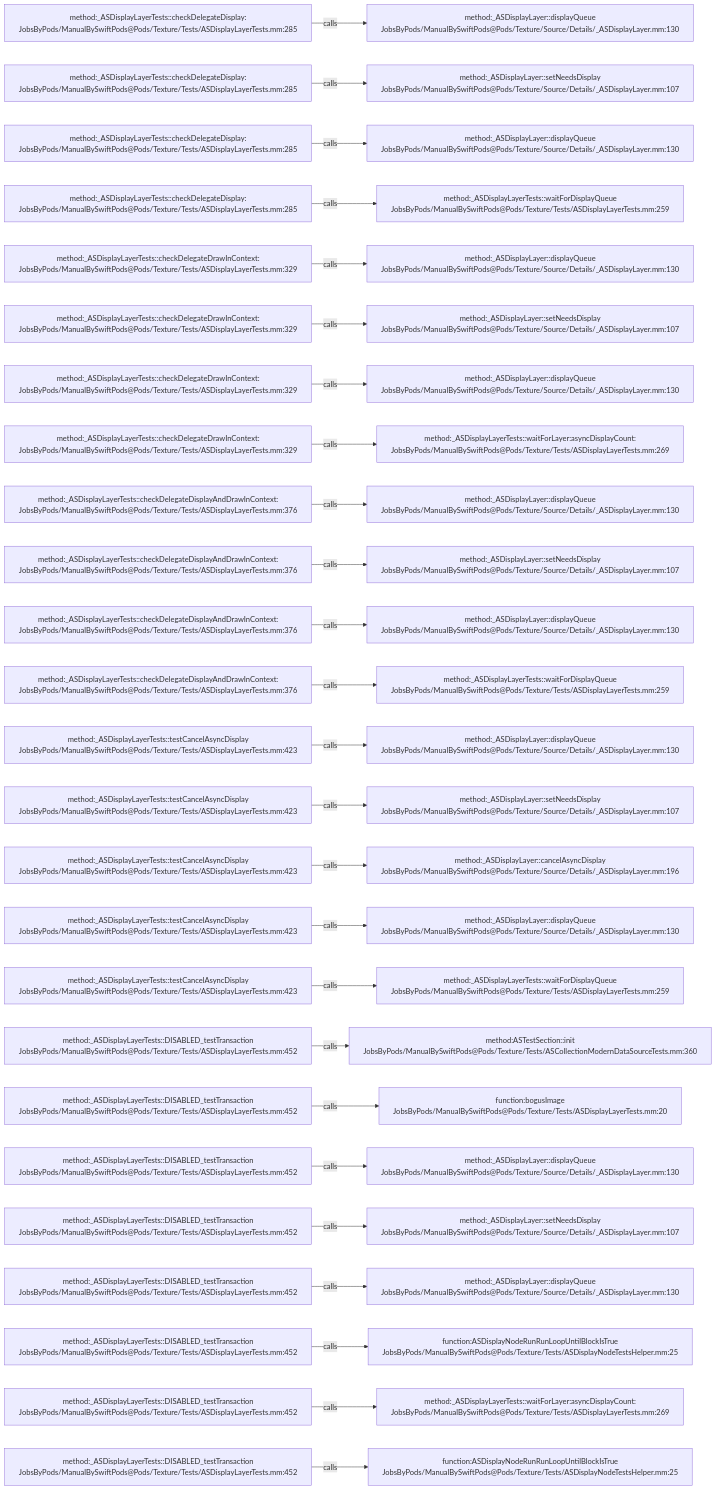
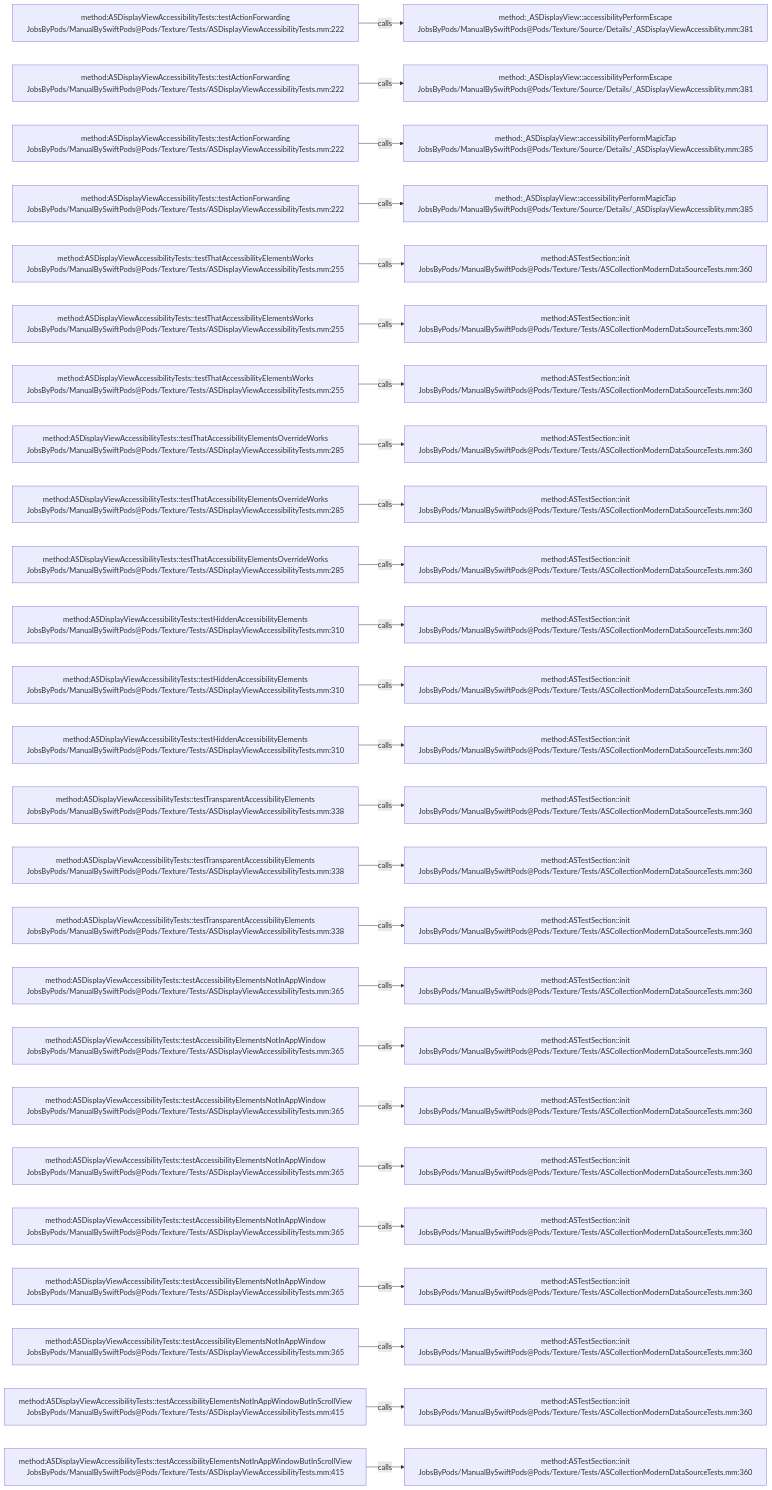
One commit to JobsKits/JobsSwiftBaseConfigDemo changed the diagram in .codegraph/codegraph.md/graphs/calls-199.md. Above: the diagram before and after it, drawn with Mermaid. The commit also changed 832 other files, not shown here.

````diff
--- a/.codegraph/codegraph.md/graphs/calls-199.md
+++ b/.codegraph/codegraph.md/graphs/calls-199.md
@@ -13,78 +13,78 @@
 ```mermaid
 flowchart LR
-  S1["method:_ASDisplayLayerTests::checkDelegateDisplay:<br/>JobsByPods/ManualBySwiftPods@Pods/Texture/Tests/ASDisplayLayerTests.mm:285"]
-  T1["method:_ASDisplayLayer::displayQueue<br/>JobsByPods/ManualBySwiftPods@Pods/Texture/Source/Details/_ASDisplayLayer.mm:130"]
+  S1["method:ASDisplayViewAccessibilityTests::testActionForwarding<br/>JobsByPods/ManualBySwiftPods@Pods/Texture/Tests/ASDisplayViewAccessibilityTests.mm:222"]
+  T1["method:_ASDisplayView::accessibilityPerformEscape<br/>JobsByPods/ManualBySwiftPods@Pods/Texture/Source/Details/_ASDisplayViewAccessiblity.mm:381"]
   S1 -->|calls| T1
-  S2["method:_ASDisplayLayerTests::checkDelegateDisplay:<br/>JobsByPods/ManualBySwiftPods@Pods/Texture/Tests/ASDisplayLayerTests.mm:285"]
-  T2["method:_ASDisplayLayer::setNeedsDisplay<br/>JobsByPods/ManualBySwiftPods@Pods/Texture/Source/Details/_ASDisplayLayer.mm:107"]
+  S2["method:ASDisplayViewAccessibilityTests::testActionForwarding<br/>JobsByPods/ManualBySwiftPods@Pods/Texture/Tests/ASDisplayViewAccessibilityTests.mm:222"]
+  T2["method:_ASDisplayView::accessibilityPerformEscape<br/>JobsByPods/ManualBySwiftPods@Pods/Texture/Source/Details/_ASDisplayViewAccessiblity.mm:381"]
   S2 -->|calls| T2
-  S3["method:_ASDisplayLayerTests::checkDelegateDisplay:<br/>JobsByPods/ManualBySwiftPods@Pods/Texture/Tests/ASDisplayLayerTests.mm:285"]
-  T3["method:_ASDisplayLayer::displayQueue<br/>JobsByPods/ManualBySwiftPods@Pods/Texture/Source/Details/_ASDisplayLayer.mm:130"]
+  S3["method:ASDisplayViewAccessibilityTests::testActionForwarding<br/>JobsByPods/ManualBySwiftPods@Pods/Texture/Tests/ASDisplayViewAccessibilityTests.mm:222"]
+  T3["method:_ASDisplayView::accessibilityPerformMagicTap<br/>JobsByPods/ManualBySwiftPods@Pods/Texture/Source/Details/_ASDisplayViewAccessiblity.mm:385"]
   S3 -->|calls| T3
-  S4["method:_ASDisplayLayerTests::checkDelegateDisplay:<br/>JobsByPods/ManualBySwiftPods@Pods/Texture/Tests/ASDisplayLayerTests.mm:285"]
-  T4["method:_ASDisplayLayerTests::waitForDisplayQueue<br/>JobsByPods/ManualBySwiftPods@Pods/Texture/Tests/ASDisplayLayerTests.mm:259"]
+  S4["method:ASDisplayViewAccessibilityTests::testActionForwarding<br/>JobsByPods/ManualBySwiftPods@Pods/Texture/Tests/ASDisplayViewAccessibilityTests.mm:222"]
+  T4["method:_ASDisplayView::accessibilityPerformMagicTap<br/>JobsByPods/ManualBySwiftPods@Pods/Texture/Source/Details/_ASDisplayViewAccessiblity.mm:385"]
   S4 -->|calls| T4
-  S5["method:_ASDisplayLayerTests::checkDelegateDrawInContext:<br/>JobsByPods/ManualBySwiftPods@Pods/Texture/Tests/ASDisplayLayerTests.mm:329"]
-  T5["method:_ASDisplayLayer::displayQueue<br/>JobsByPods/ManualBySwiftPods@Pods/Texture/Source/Details/_ASDisplayLayer.mm:130"]
+  S5["method:ASDisplayViewAccessibilityTests::testThatAccessibilityElementsWorks<br/>JobsByPods/ManualBySwiftPods@Pods/Texture/Tests/ASDisplayViewAccessibilityTests.mm:255"]
+  T5["method:ASTestSection::init<br/>JobsByPods/ManualBySwiftPods@Pods/Texture/Tests/ASCollectionModernDataSourceTests.mm:360"]
   S5 -->|calls| T5
-  S6["method:_ASDisplayLayerTests::checkDelegateDrawInContext:<br/>JobsByPods/ManualBySwiftPods@Pods/Texture/Tests/ASDisplayLayerTests.mm:329"]
-  T6["method:_ASDisplayLayer::setNeedsDisplay<br/>JobsByPods/ManualBySwiftPods@Pods/Texture/Source/Details/_ASDisplayLayer.mm:107"]
+  S6["method:ASDisplayViewAccessibilityTests::testThatAccessibilityElementsWorks<br/>JobsByPods/ManualBySwiftPods@Pods/Texture/Tests/ASDisplayViewAccessibilityTests.mm:255"]
+  T6["method:ASTestSection::init<br/>JobsByPods/ManualBySwiftPods@Pods/Texture/Tests/ASCollectionModernDataSourceTests.mm:360"]
   S6 -->|calls| T6
-  S7["method:_ASDisplayLayerTests::checkDelegateDrawInContext:<br/>JobsByPods/ManualBySwiftPods@Pods/Texture/Tests/ASDisplayLayerTests.mm:329"]
-  T7["method:_ASDisplayLayer::displayQueue<br/>JobsByPods/ManualBySwiftPods@Pods/Texture/Source/Details/_ASDisplayLayer.mm:130"]
+  S7["method:ASDisplayViewAccessibilityTests::testThatAccessibilityElementsWorks<br/>JobsByPods/ManualBySwiftPods@Pods/Texture/Tests/ASDisplayViewAccessibilityTests.mm:255"]
+  T7["method:ASTestSection::init<br/>JobsByPods/ManualBySwiftPods@Pods/Texture/Tests/ASCollectionModernDataSourceTests.mm:360"]
   S7 -->|calls| T7
-  S8["method:_ASDisplayLayerTests::checkDelegateDrawInContext:<br/>JobsByPods/ManualBySwiftPods@Pods/Texture/Tests/ASDisplayLayerTests.mm:329"]
-  T8["method:_ASDisplayLayerTests::waitForLayer:asyncDisplayCount:<br/>JobsByPods/ManualBySwiftPods@Pods/Texture/Tests/ASDisplayLayerTests.mm:269"]
+  S8["method:ASDisplayViewAccessibilityTests::testThatAccessibilityElementsOverrideWorks<br/>JobsByPods/ManualBySwiftPods@Pods/Texture/Tests/ASDisplayViewAccessibilityTests.mm:285"]
+  T8["method:ASTestSection::init<br/>JobsByPods/ManualBySwiftPods@Pods/Texture/Tests/ASCollectionModernDataSourceTests.mm:360"]
   S8 -->|calls| T8
-  S9["method:_ASDisplayLayerTests::checkDelegateDisplayAndDrawInContext:<br/>JobsByPods/ManualBySwiftPods@Pods/Texture/Tests/ASDisplayLayerTests.mm:376"]
-  T9["method:_ASDisplayLayer::displayQueue<br/>JobsByPods/ManualBySwiftPods@Pods/Texture/Source/Details/_ASDisplayLayer.mm:130"]
+  S9["method:ASDisplayViewAccessibilityTests::testThatAccessibilityElementsOverrideWorks<br/>JobsByPods/ManualBySwiftPods@Pods/Texture/Tests/ASDisplayViewAccessibilityTests.mm:285"]
+  T9["method:ASTestSection::init<br/>JobsByPods/ManualBySwiftPods@Pods/Texture/Tests/ASCollectionModernDataSourceTests.mm:360"]
   S9 -->|calls| T9
-  S10["method:_ASDisplayLayerTests::checkDelegateDisplayAndDrawInContext:<br/>JobsByPods/ManualBySwiftPods@Pods/Texture/Tests/ASDisplayLayerTests.mm:376"]
-  T10["method:_ASDisplayLayer::setNeedsDisplay<br/>JobsByPods/ManualBySwiftPods@Pods/Texture/Source/Details/_ASDisplayLayer.mm:107"]
+  S10["method:ASDisplayViewAccessibilityTests::testThatAccessibilityElementsOverrideWorks<br/>JobsByPods/ManualBySwiftPods@Pods/Texture/Tests/ASDisplayViewAccessibilityTests.mm:285"]
+  T10["method:ASTestSection::init<br/>JobsByPods/ManualBySwiftPods@Pods/Texture/Tests/ASCollectionModernDataSourceTests.mm:360"]
   S10 -->|calls| T10
-  S11["method:_ASDisplayLayerTests::checkDelegateDisplayAndDrawInContext:<br/>JobsByPods/ManualBySwiftPods@Pods/Texture/Tests/ASDisplayLayerTests.mm:376"]
-  T11["method:_ASDisplayLayer::displayQueue<br/>JobsByPods/ManualBySwiftPods@Pods/Texture/Source/Details/_ASDisplayLayer.mm:130"]
+  S11["method:ASDisplayViewAccessibilityTests::testHiddenAccessibilityElements<br/>JobsByPods/ManualBySwiftPods@Pods/Texture/Tests/ASDisplayViewAccessibilityTests.mm:310"]
+  T11["method:ASTestSection::init<br/>JobsByPods/ManualBySwiftPods@Pods/Texture/Tests/ASCollectionModernDataSourceTests.mm:360"]
   S11 -->|calls| T11
-  S12["method:_ASDisplayLayerTests::checkDelegateDisplayAndDrawInContext:<br/>JobsByPods/ManualBySwiftPods@Pods/Texture/Tests/ASDisplayLayerTests.mm:376"]
-  T12["method:_ASDisplayLayerTests::waitForDisplayQueue<br/>JobsByPods/ManualBySwiftPods@Pods/Texture/Tests/ASDisplayLayerTests.mm:259"]
+  S12["method:ASDisplayViewAccessibilityTests::testHiddenAccessibilityElements<br/>JobsByPods/ManualBySwiftPods@Pods/Texture/Tests/ASDisplayViewAccessibilityTests.mm:310"]
+  T12["method:ASTestSection::init<br/>JobsByPods/ManualBySwiftPods@Pods/Texture/Tests/ASCollectionModernDataSourceTests.mm:360"]
   S12 -->|calls| T12
-  S13["method:_ASDisplayLayerTests::testCancelAsyncDisplay<br/>JobsByPods/ManualBySwiftPods@Pods/Texture/Tests/ASDisplayLayerTests.mm:423"]
-  T13["method:_ASDisplayLayer::displayQueue<br/>JobsByPods/ManualBySwiftPods@Pods/Texture/Source/Details/_ASDisplayLayer.mm:130"]
+  S13["method:ASDisplayViewAccessibilityTests::testHiddenAccessibilityElements<br/>JobsByPods/ManualBySwiftPods@Pods/Texture/Tests/ASDisplayViewAccessibilityTests.mm:310"]
+  T13["method:ASTestSection::init<br/>JobsByPods/ManualBySwiftPods@Pods/Texture/Tests/ASCollectionModernDataSourceTests.mm:360"]
   S13 -->|calls| T13
-  S14["method:_ASDisplayLayerTests::testCancelAsyncDisplay<br/>JobsByPods/ManualBySwiftPods@Pods/Texture/Tests/ASDisplayLayerTests.mm:423"]
-  T14["method:_ASDisplayLayer::setNeedsDisplay<br/>JobsByPods/ManualBySwiftPods@Pods/Texture/Source/Details/_ASDisplayLayer.mm:107"]
+  S14["method:ASDisplayViewAccessibilityTests::testTransparentAccessibilityElements<br/>JobsByPods/ManualBySwiftPods@Pods/Texture/Tests/ASDisplayViewAccessibilityTests.mm:338"]
+  T14["method:ASTestSection::init<br/>JobsByPods/ManualBySwiftPods@Pods/Texture/Tests/ASCollectionModernDataSourceTests.mm:360"]
   S14 -->|calls| T14
-  S15["method:_ASDisplayLayerTests::testCancelAsyncDisplay<br/>JobsByPods/ManualBySwiftPods@Pods/Texture/Tests/ASDisplayLayerTests.mm:423"]
-  T15["method:_ASDisplayLayer::cancelAsyncDisplay<br/>JobsByPods/ManualBySwiftPods@Pods/Texture/Source/Details/_ASDisplayLayer.mm:196"]
+  S15["method:ASDisplayViewAccessibilityTests::testTransparentAccessibilityElements<br/>JobsByPods/ManualBySwiftPods@Pods/Texture/Tests/ASDisplayViewAccessibilityTests.mm:338"]
+  T15["method:ASTestSection::init<br/>JobsByPods/ManualBySwiftPods@Pods/Texture/Tests/ASCollectionModernDataSourceTests.mm:360"]
   S15 -->|calls| T15
-  S16["method:_ASDisplayLayerTests::testCancelAsyncDisplay<br/>JobsByPods/ManualBySwiftPods@Pods/Texture/Tests/ASDisplayLayerTests.mm:423"]
-  T16["method:_ASDisplayLayer::displayQueue<br/>JobsByPods/ManualBySwiftPods@Pods/Texture/Source/Details/_ASDisplayLayer.mm:130"]
+  S16["method:ASDisplayViewAccessibilityTests::testTransparentAccessibilityElements<br/>JobsByPods/ManualBySwiftPods@Pods/Texture/Tests/ASDisplayViewAccessibilityTests.mm:338"]
+  T16["method:ASTestSection::init<br/>JobsByPods/ManualBySwiftPods@Pods/Texture/Tests/ASCollectionModernDataSourceTests.mm:360"]
   S16 -->|calls| T16
-  S17["method:_ASDisplayLayerTests::testCancelAsyncDisplay<br/>JobsByPods/ManualBySwiftPods@Pods/Texture/Tests/ASDisplayLayerTests.mm:423"]
-  T17["method:_ASDisplayLayerTests::waitForDisplayQueue<br/>JobsByPods/ManualBySwiftPods@Pods/Texture/Tests/ASDisplayLayerTests.mm:259"]
+  S17["method:ASDisplayViewAccessibilityTests::testAccessibilityElementsNotInAppWindow<br/>JobsByPods/ManualBySwiftPods@Pods/Texture/Tests/ASDisplayViewAccessibilityTests.mm:365"]
+  T17["method:ASTestSection::init<br/>JobsByPods/ManualBySwiftPods@Pods/Texture/Tests/ASCollectionModernDataSourceTests.mm:360"]
   S17 -->|calls| T17
-  S18["method:_ASDisplayLayerTests::DISABLED_testTransaction<br/>JobsByPods/ManualBySwiftPods@Pods/Texture/Tests/ASDisplayLayerTests.mm:452"]
+  S18["method:ASDisplayViewAccessibilityTests::testAccessibilityElementsNotInAppWindow<br/>JobsByPods/ManualBySwiftPods@Pods/Texture/Tests/ASDisplayViewAccessibilityTests.mm:365"]
   T18["method:ASTestSection::init<br/>JobsByPods/ManualBySwiftPods@Pods/Texture/Tests/ASCollectionModernDataSourceTests.mm:360"]
   S18 -->|calls| T18
-  S19["method:_ASDisplayLayerTests::DISABLED_testTransaction<br/>JobsByPods/ManualBySwiftPods@Pods/Texture/Tests/ASDisplayLayerTests.mm:452"]
-  T19["function:bogusImage<br/>JobsByPods/ManualBySwiftPods@Pods/Texture/Tests/ASDisplayLayerTests.mm:20"]
+  S19["method:ASDisplayViewAccessibilityTests::testAccessibilityElementsNotInAppWindow<br/>JobsByPods/ManualBySwiftPods@Pods/Texture/Tests/ASDisplayViewAccessibilityTests.mm:365"]
+  T19["method:ASTestSection::init<br/>JobsByPods/ManualBySwiftPods@Pods/Texture/Tests/ASCollectionModernDataSourceTests.mm:360"]
   S19 -->|calls| T19
-  S20["method:_ASDisplayLayerTests::DISABLED_testTransaction<br/>JobsByPods/ManualBySwiftPods@Pods/Texture/Tests/ASDisplayLayerTests.mm:452"]
-  T20["method:_ASDisplayLayer::displayQueue<br/>JobsByPods/ManualBySwiftPods@Pods/Texture/Source/Details/_ASDisplayLayer.mm:130"]
+  S20["method:ASDisplayViewAccessibilityTests::testAccessibilityElementsNotInAppWindow<br/>JobsByPods/ManualBySwiftPods@Pods/Texture/Tests/ASDisplayViewAccessibilityTests.mm:365"]
+  T20["method:ASTestSection::init<br/>JobsByPods/ManualBySwiftPods@Pods/Texture/Tests/ASCollectionModernDataSourceTests.mm:360"]
   S20 -->|calls| T20
-  S21["method:_ASDisplayLayerTests::DISABLED_testTransaction<br/>JobsByPods/ManualBySwiftPods@Pods/Texture/Tests/ASDisplayLayerTests.mm:452"]
-  T21["method:_ASDisplayLayer::setNeedsDisplay<br/>JobsByPods/ManualBySwiftPods@Pods/Texture/Source/Details/_ASDisplayLayer.mm:107"]
+  S21["method:ASDisplayViewAccessibilityTests::testAccessibilityElementsNotInAppWindow<br/>JobsByPods/ManualBySwiftPods@Pods/Texture/Tests/ASDisplayViewAccessibilityTests.mm:365"]
+  T21["method:ASTestSection::init<br/>JobsByPods/ManualBySwiftPods@Pods/Texture/Tests/ASCollectionModernDataSourceTests.mm:360"]
   S21 -->|calls| T21
-  S22["method:_ASDisplayLayerTests::DISABLED_testTransaction<br/>JobsByPods/ManualBySwiftPods@Pods/Texture/Tests/ASDisplayLayerTests.mm:452"]
-  T22["method:_ASDisplayLayer::displayQueue<br/>JobsByPods/ManualBySwiftPods@Pods/Texture/Source/Details/_ASDisplayLayer.mm:130"]
+  S22["method:ASDisplayViewAccessibilityTests::testAccessibilityElementsNotInAppWindow<br/>JobsByPods/ManualBySwiftPods@Pods/Texture/Tests/ASDisplayViewAccessibilityTests.mm:365"]
+  T22["method:ASTestSection::init<br/>JobsByPods/ManualBySwiftPods@Pods/Texture/Tests/ASCollectionModernDataSourceTests.mm:360"]
   S22 -->|calls| T22
-  S23["method:_ASDisplayLayerTests::DISABLED_testTransaction<br/>JobsByPods/ManualBySwiftPods@Pods/Texture/Tests/ASDisplayLayerTests.mm:452"]
-  T23["function:ASDisplayNodeRunRunLoopUntilBlockIsTrue<br/>JobsByPods/ManualBySwiftPods@Pods/Texture/Tests/ASDisplayNodeTestsHelper.mm:25"]
+  S23["method:ASDisplayViewAccessibilityTests::testAccessibilityElementsNotInAppWindow<br/>JobsByPods/ManualBySwiftPods@Pods/Texture/Tests/ASDisplayViewAccessibilityTests.mm:365"]
+  T23["method:ASTestSection::init<br/>JobsByPods/ManualBySwiftPods@Pods/Texture/Tests/ASCollectionModernDataSourceTests.mm:360"]
   S23 -->|calls| T23
-  S24["method:_ASDisplayLayerTests::DISABLED_testTransaction<br/>JobsByPods/ManualBySwiftPods@Pods/Texture/Tests/ASDisplayLayerTests.mm:452"]
-  T24["method:_ASDisplayLayerTests::waitForLayer:asyncDisplayCount:<br/>JobsByPods/ManualBySwiftPods@Pods/Texture/Tests/ASDisplayLayerTests.mm:269"]
+  S24["method:ASDisplayViewAccessibilityTests::testAccessibilityElementsNotInAppWindowButInScrollView<br/>JobsByPods/ManualBySwiftPods@Pods/Texture/Tests/ASDisplayViewAccessibilityTests.mm:415"]
+  T24["method:ASTestSection::init<br/>JobsByPods/ManualBySwiftPods@Pods/Texture/Tests/ASCollectionModernDataSourceTests.mm:360"]
   S24 -->|calls| T24
-  S25["method:_ASDisplayLayerTests::DISABLED_testTransaction<br/>JobsByPods/ManualBySwiftPods@Pods/Texture/Tests/ASDisplayLayerTests.mm:452"]
-  T25["function:ASDisplayNodeRunRunLoopUntilBlockIsTrue<br/>JobsByPods/ManualBySwiftPods@Pods/Texture/Tests/ASDisplayNodeTestsHelper.mm:25"]
+  S25["method:ASDisplayViewAccessibilityTests::testAccessibilityElementsNotInAppWindowButInScrollView<br/>JobsByPods/ManualBySwiftPods@Pods/Texture/Tests/ASDisplayViewAccessibilityTests.mm:415"]
+  T25["method:ASTestSection::init<br/>JobsByPods/ManualBySwiftPods@Pods/Texture/Tests/ASCollectionModernDataSourceTests.mm:360"]
   S25 -->|calls| T25
 ```
````
